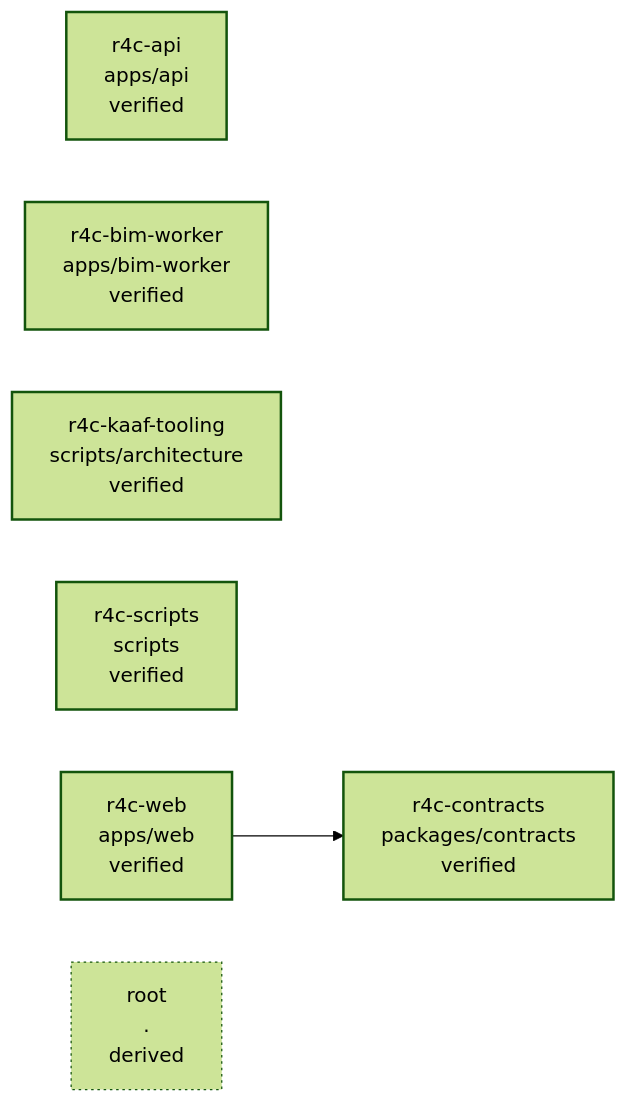
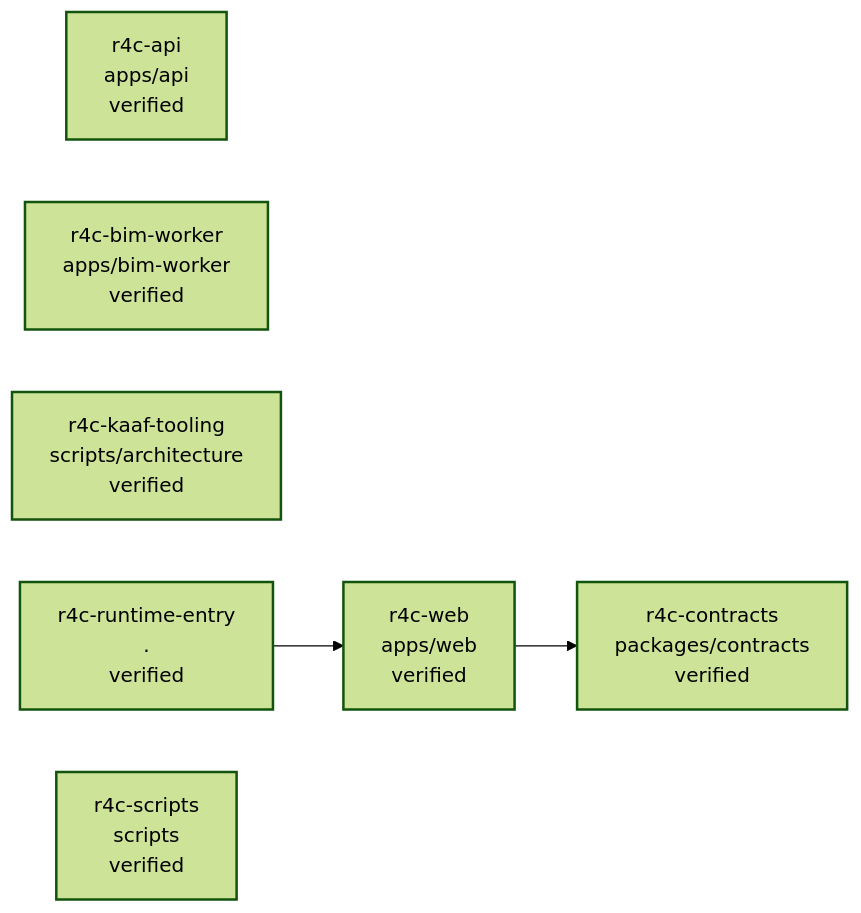
The diagram in .ai/diagrams/container.md (Islamce/R4C), drawn with Mermaid (forest theme) before and after one commit. The commit also changed other lines of this file and 27 other files, not shown here.

````diff
--- a/.ai/diagrams/container.md
+++ b/.ai/diagrams/container.md
@@ -7,18 +7,19 @@
 ```mermaid
 graph LR
   r4c_api["r4c-api<br/>apps/api<br/>verified"]
   r4c_bim_worker["r4c-bim-worker<br/>apps/bim-worker<br/>verified"]
   r4c_contracts["r4c-contracts<br/>packages/contracts<br/>verified"]
   r4c_kaaf_tooling["r4c-kaaf-tooling<br/>scripts/architecture<br/>verified"]
+  r4c_runtime_entry["r4c-runtime-entry<br/>.<br/>verified"]
   r4c_scripts["r4c-scripts<br/>scripts<br/>verified"]
   r4c_web["r4c-web<br/>apps/web<br/>verified"]
-  root["root<br/>.<br/>derived"]
+  r4c_runtime_entry --> r4c_web
   r4c_web --> r4c_contracts
   style r4c_api stroke-width:2px
   style r4c_bim_worker stroke-width:2px
   style r4c_contracts stroke-width:2px
   style r4c_kaaf_tooling stroke-width:2px
+  style r4c_runtime_entry stroke-width:2px
   style r4c_scripts stroke-width:2px
   style r4c_web stroke-width:2px
-  style root stroke-dasharray:2 3
 ```
````
